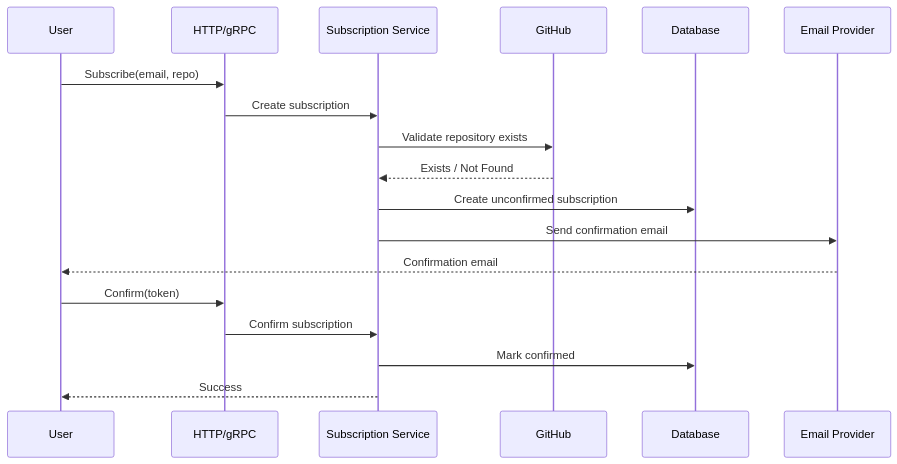
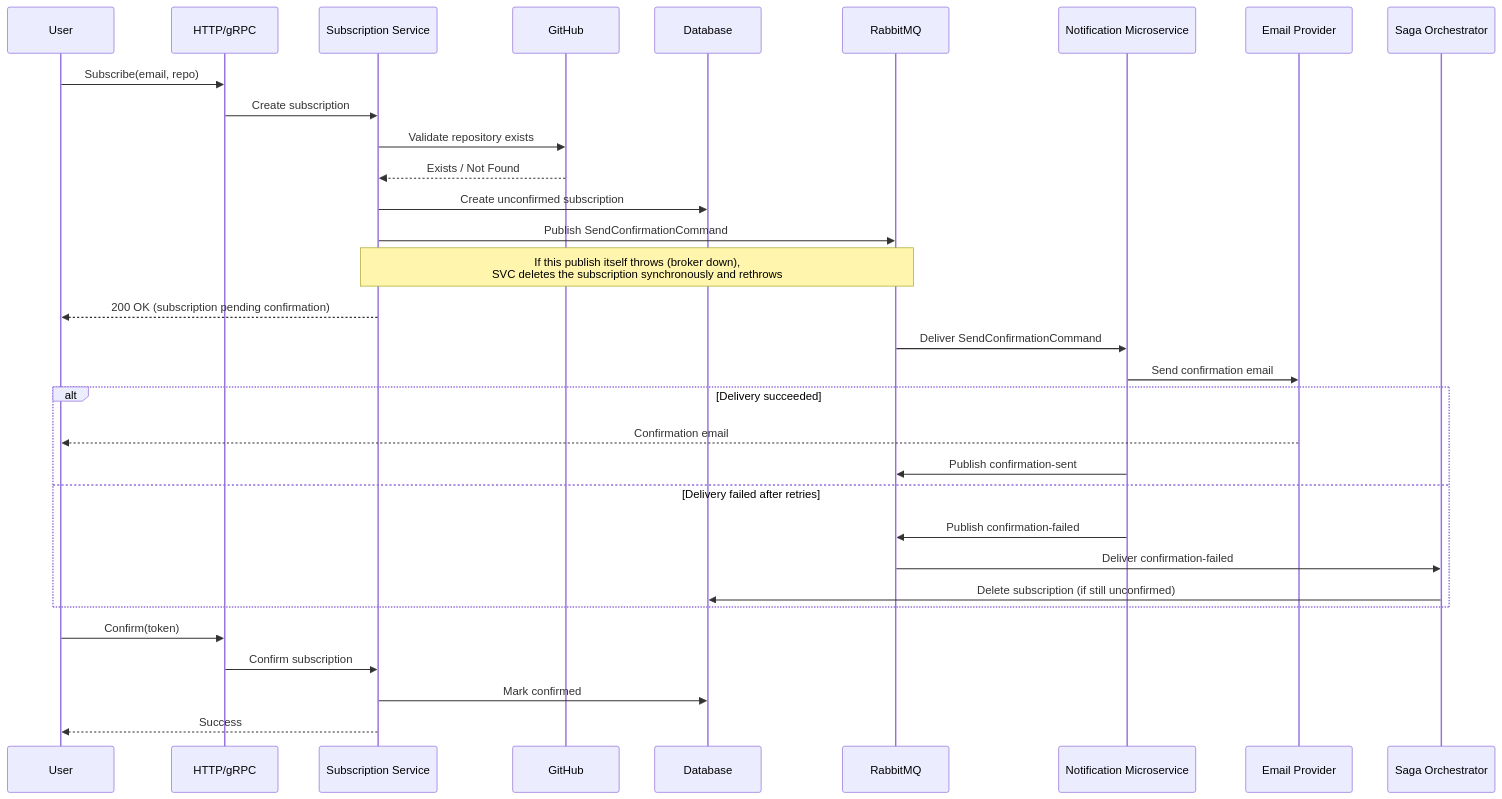
Before and after one commit to GenesisEducationKyiv/software-engineering-school-6-0-RandomIv: the second of 3 diagrams in docs/system-design.md, drawn with Mermaid. The commit also changed other lines of this file and 10 other files, not shown here.

First line of the commit message:
HW10: Application Architecture (#12)

````diff
--- a/docs/system-design.md
+++ b/docs/system-design.md
@@ -140,22 +192,37 @@
 ```mermaid
 sequenceDiagram
     participant User
     participant Transport as HTTP/gRPC
     participant SVC as Subscription Service
     participant ExternalSvc as GitHub
     participant DB as Database
+    participant MQ as RabbitMQ
+    participant Notif as Notification Microservice
     participant Provider as Email Provider
+    participant Saga as Saga Orchestrator
 
     User->>Transport: Subscribe(email, repo)
     Transport->>SVC: Create subscription
     SVC->>ExternalSvc: Validate repository exists
     ExternalSvc-->>SVC: Exists / Not Found
     SVC->>DB: Create unconfirmed subscription
-    SVC->>Provider: Send confirmation email
-    Provider-->>User: Confirmation email
+    SVC->>MQ: Publish SendConfirmationCommand
+    Note over SVC,MQ: If this publish itself throws (broker down),<br/>SVC deletes the subscription synchronously and rethrows
+    SVC-->>User: 200 OK (subscription pending confirmation)
+
+    MQ->>Notif: Deliver SendConfirmationCommand
+    Notif->>Provider: Send confirmation email
+    alt Delivery succeeded
+        Provider-->>User: Confirmation email
+        Notif->>MQ: Publish confirmation-sent
+    else Delivery failed after retries
+        Notif->>MQ: Publish confirmation-failed
+        MQ->>Saga: Deliver confirmation-failed
+        Saga->>DB: Delete subscription (if still unconfirmed)
+    end
 
     User->>Transport: Confirm(token)
     Transport->>SVC: Confirm subscription
     SVC->>DB: Mark confirmed
     SVC-->>User: Success
 ```
````
